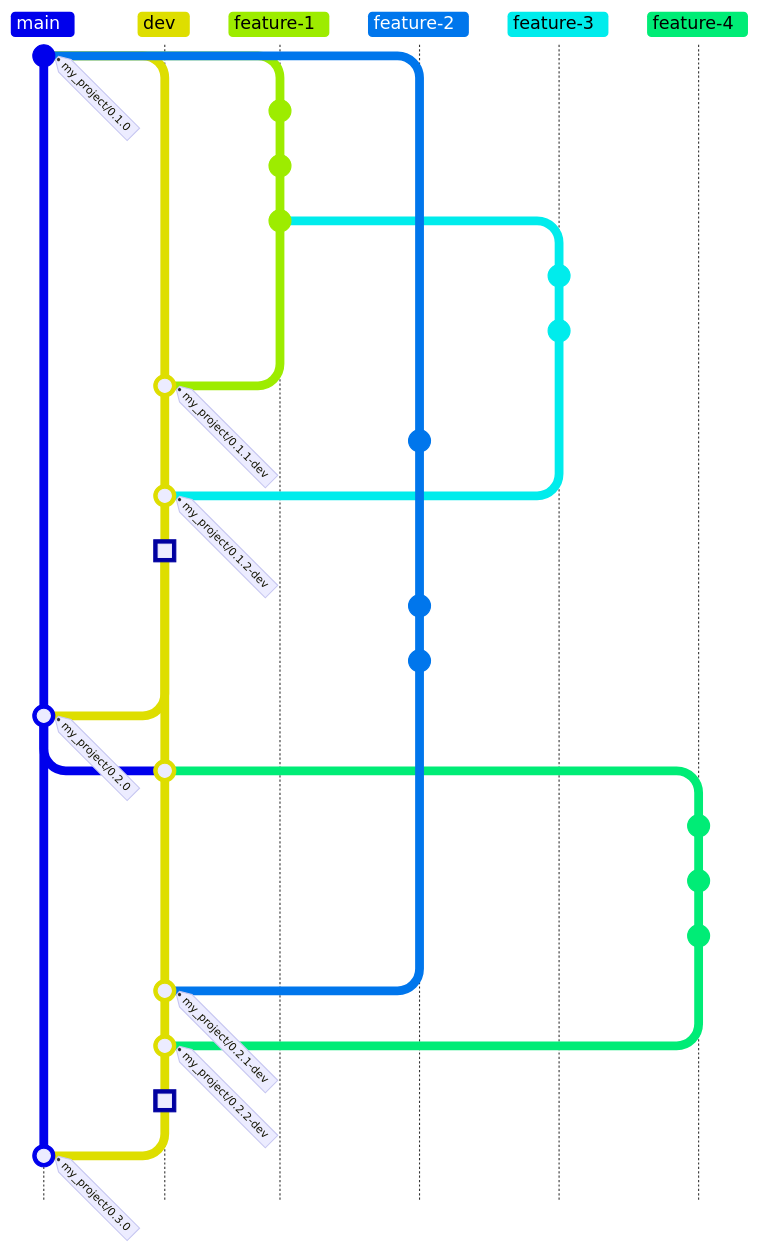
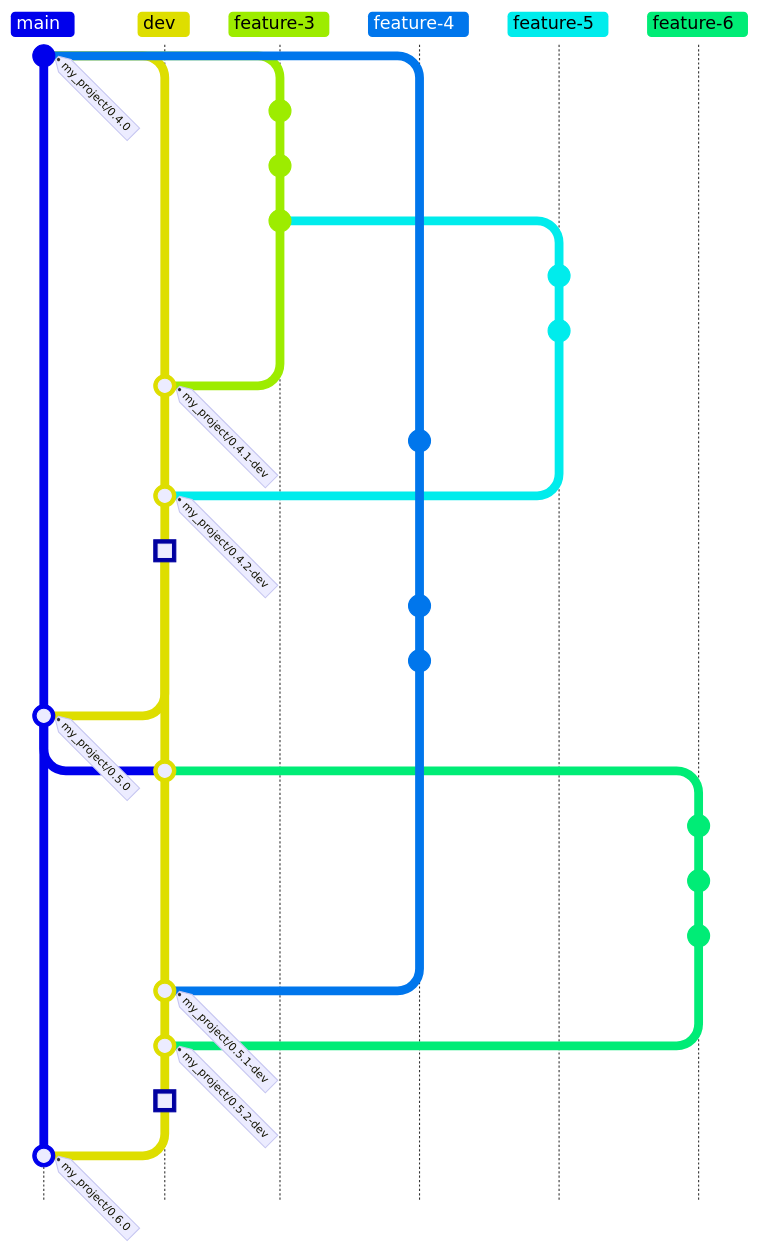
The second of 3 diagrams in README.md (SimpleDataLabsInc/Onbe_CICD_template), drawn with Mermaid before and after one commit. The commit also changed other lines of this file, not shown here. Commit ids are hidden.

First line of the commit message:
bump versions and branch names

````diff
--- a/README.md
+++ b/README.md
@@ -138,47 +138,47 @@
 ``` mermaid
 ---
 config:
   gitGraph:
     parallelCommits: false
     showCommitLabel: false
 ---
 gitGraph TB:
-    commit tag: "my_project/0.1.0"
+    commit tag: "my_project/0.4.0"
     branch dev order:1
-    branch feature-1 order:2
+    branch feature-3 order:2
     commit
     commit
     commit
-    branch feature-3 order:4
+    branch feature-5 order:4
     commit
     commit
     switch dev
-    merge feature-1 tag: "my_project/0.1.1-dev"
+    merge feature-3 tag: "my_project/0.4.1-dev"
     switch main
-    branch feature-2 order:3
+    branch feature-4 order:3
     commit
     switch dev
-    merge feature-3 tag: "my_project/0.1.2-dev"
+    merge feature-5 tag: "my_project/0.4.2-dev"
     commit type: HIGHLIGHT id: "PR #5"
-    switch feature-2
+    switch feature-4
     commit
     commit
     switch main
-    merge dev tag: "my_project/0.2.0"
+    merge dev tag: "my_project/0.5.0"
     %% branch "dev'" order:1
     %% switch "dev'"
     switch dev
     merge main
     %% switch dev
     %% merge "dev'"
-    branch feature-4 order:5
+    branch feature-6 order:5
     commit
     commit
     commit id: "PR #7"
     switch dev
-    merge feature-2 tag: "my_project/0.2.1-dev"
-    merge feature-4 tag: "my_project/0.2.2-dev"
+    merge feature-4 tag: "my_project/0.5.1-dev"
+    merge feature-6 tag: "my_project/0.5.2-dev"
     commit type: HIGHLIGHT id: "PR #6"
     switch main
-    merge dev tag: "my_project/0.3.0"
+    merge dev tag: "my_project/0.6.0"
 ```
````
